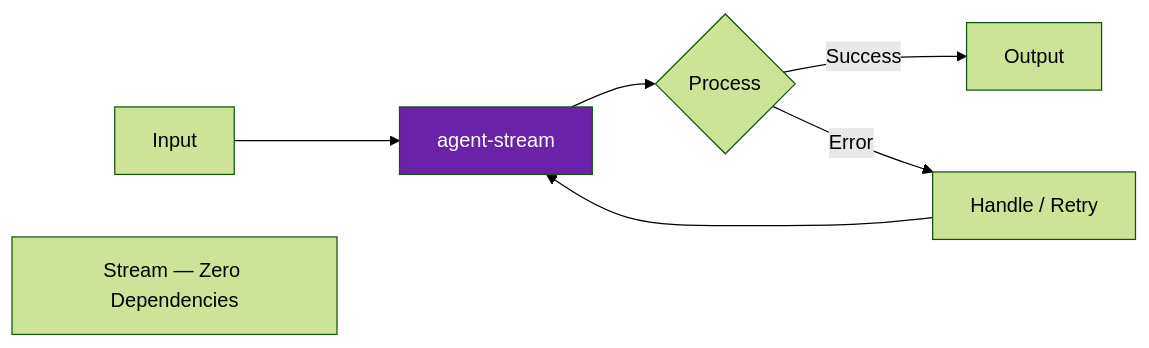
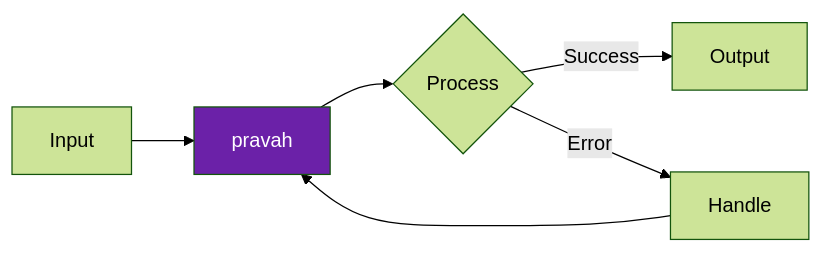
The diagram in README.md (darshjme/agent-stream), drawn with Mermaid (forest theme) before and after one commit. The commit also changed other lines of this file and 1 other file, not shown here.

First line of the commit message:
feat(vedic-v3): rename to pravah (प्रवाह)

````diff
--- a/README.md
+++ b/README.md
@@ -48,10 +39,9 @@
 ```mermaid
 flowchart LR
-    A[Input] --> B[agent-stream]
+    A[Input] --> B[pravah]
     B --> C{Process}
     C -- Success --> D[Output]
-    C -- Error --> E[Handle / Retry]
+    C -- Error --> E[Handle]
     E --> B
     style B fill:#6b21a8,color:#fff
-    note["Stream — Zero Dependencies"]
 ```
````
